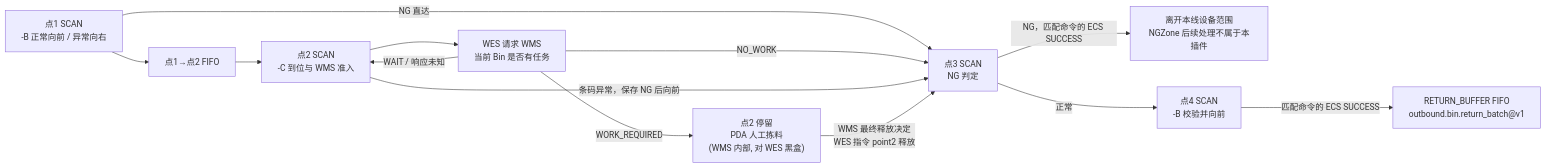
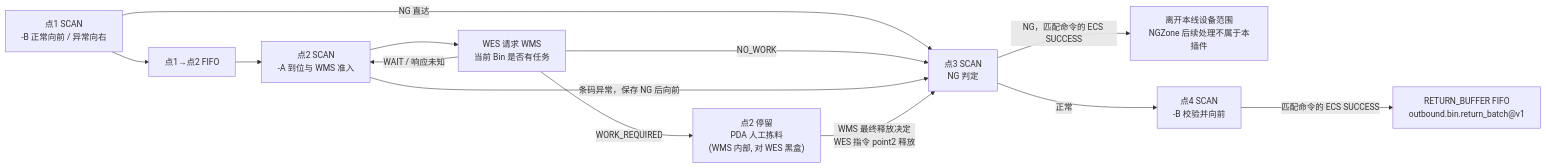
The second of 2 diagrams in docs/contracts/wms-manual-outbound-picking-integration-requirements.md (kaizhoumasha/wes_backend), drawn with Mermaid before and after one commit. The commit also changed other lines of this file and 20 other files, not shown here.

````diff
--- a/docs/contracts/wms-manual-outbound-picking-integration-requirements.md
+++ b/docs/contracts/wms-manual-outbound-picking-integration-requirements.md
@@ -141,15 +141,15 @@
 ```mermaid
 flowchart LR
     P1["点1 SCAN<br/>-B 正常向前 / 异常向右"] --> BUF["点1→点2 FIFO"]
     P1 -->|NG 直达| P3["点3 SCAN<br/>-B 正常向前 / 未授权向左"]
-    BUF --> P2SCAN["点2 SCAN<br/>-C 到位与 WMS 准入"]
+    BUF --> P2SCAN["点2 SCAN<br/>-A 到位与 WMS 准入"]
     P2SCAN --> ASK["WES 请求 WMS<br/>当前 Bin 是否有任务"]
     ASK -->|WORK_REQUIRED| P2["点2 停留<br/>PDA 人工拣料<br/>(WMS 内部, 对 WES 黑盒)"]
     ASK -->|NO_WORK| P3
     ASK -->|WAIT / 响应未知| P2SCAN
     P2SCAN -->|条码异常，保存 NG 后向前| P3
     P2 -->|WMS 最终释放决定<br/>WES 指令 point2 释放| P3["点3 SCAN<br/>NG 判定"]
     P3 -->|NG，匹配命令的 ECS SUCCESS| EXIT["离开本线设备范围<br/>NGZone 后续处理不属于本插件"]
     P3 -->|正常| P4["点4 SCAN<br/>-B 校验并向前"]
     P4 -->|匹配命令的 ECS SUCCESS| RB["RETURN_BUFFER FIFO<br/>outbound.bin.return_batch@v1"]
 ```
````
